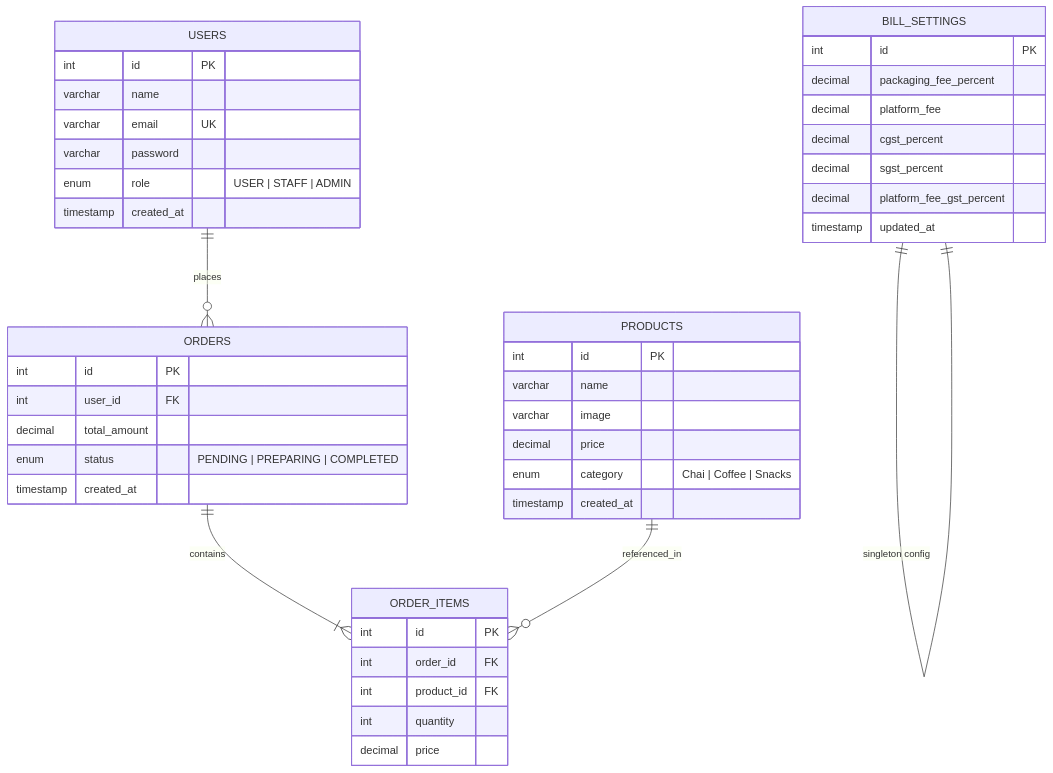
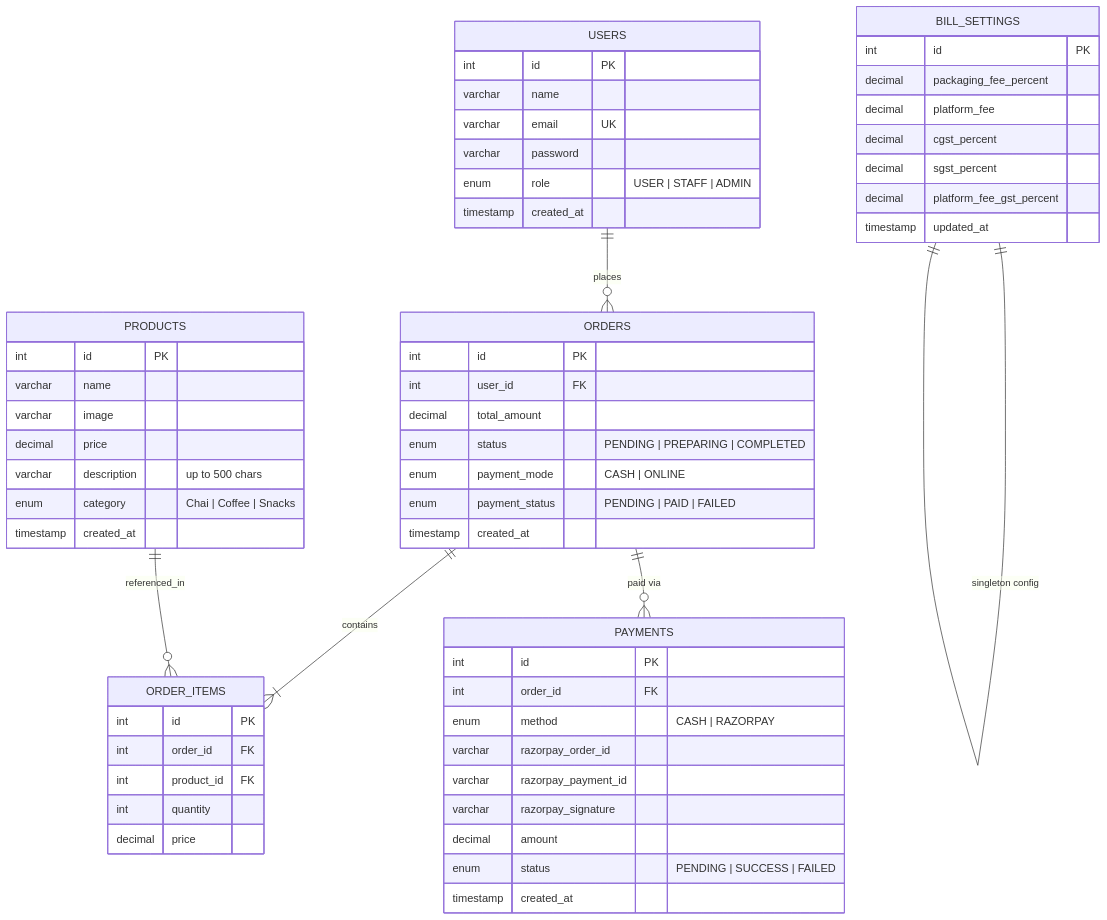
Before and after one commit to Saichowdary02/cafe-app: the third of 4 diagrams in README.md, drawn with Mermaid. The commit also changed other lines of this file and 16 other files, not shown here.

````diff
--- a/README.md
+++ b/README.md
@@ -242,51 +304,67 @@
 ```mermaid
 erDiagram
     USERS ||--o{ ORDERS : places
     ORDERS ||--|{ ORDER_ITEMS : contains
     PRODUCTS ||--o{ ORDER_ITEMS : referenced_in
+    ORDERS ||--o{ PAYMENTS : "paid via"
     BILL_SETTINGS ||--|| BILL_SETTINGS : "singleton config"
 
     USERS {
         int id PK
         varchar name
         varchar email UK
         varchar password
         enum role "USER | STAFF | ADMIN"
         timestamp created_at
     }
 
     PRODUCTS {
         int id PK
         varchar name
         varchar image
         decimal price
+        varchar description "up to 500 chars"
         enum category "Chai | Coffee | Snacks"
         timestamp created_at
     }
 
     ORDERS {
         int id PK
         int user_id FK
         decimal total_amount
         enum status "PENDING | PREPARING | COMPLETED"
+        enum payment_mode "CASH | ONLINE"
+        enum payment_status "PENDING | PAID | FAILED"
         timestamp created_at
     }
 
     ORDER_ITEMS {
         int id PK
         int order_id FK
         int product_id FK
         int quantity
         decimal price
+    }
+
+    PAYMENTS {
+        int id PK
+        int order_id FK
+        enum method "CASH | RAZORPAY"
+        varchar razorpay_order_id
+        varchar razorpay_payment_id
+        varchar razorpay_signature
+        decimal amount
+        enum status "PENDING | SUCCESS | FAILED"
+        timestamp created_at
     }
 
     BILL_SETTINGS {
         int id PK
         decimal packaging_fee_percent
         decimal platform_fee
         decimal cgst_percent
         decimal sgst_percent
         decimal platform_fee_gst_percent
         timestamp updated_at
     }
 ```
````
